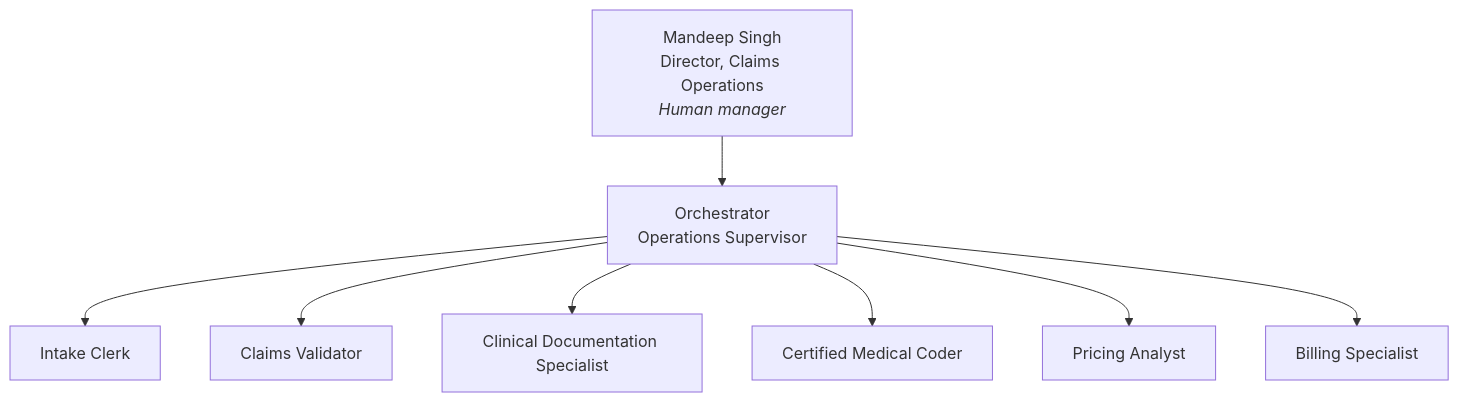
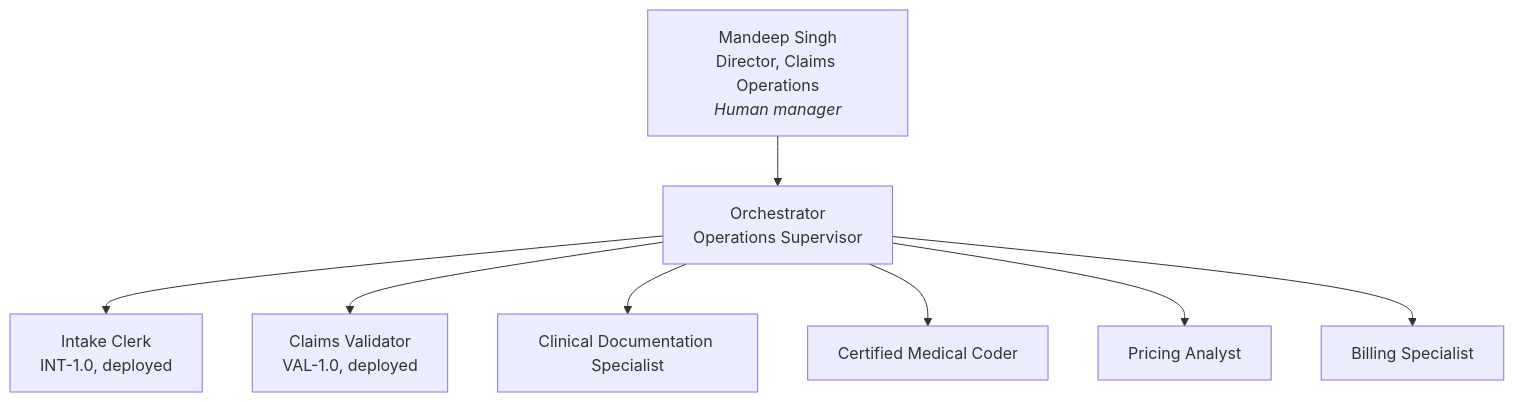
Before and after one commit to DLTKMandeep/agent-managed-claims-platform: the diagram in README.md, drawn with Mermaid. The commit also changed other lines of this file and 13 other files, not shown here.

Commit message:
Bolt 2: agent framework, team roster, Intake Clerk and Claims Validator with tests

````diff
--- a/README.md
+++ b/README.md
@@ -11,18 +11,18 @@
 ```mermaid
 flowchart TD
     M["Mandeep Singh<br/>Director, Claims Operations<br/><i>Human manager</i>"]
     O["Orchestrator<br/>Operations Supervisor"]
-    A1["Intake Clerk"]
-    A2["Claims Validator"]
+    A1["Intake Clerk<br/>INT-1.0, deployed"]
+    A2["Claims Validator<br/>VAL-1.0, deployed"]
     A3["Clinical Documentation Specialist"]
     A4["Certified Medical Coder"]
     A5["Pricing Analyst"]
     A6["Billing Specialist"]
     M --> O
     O --> A1
     O --> A2
     O --> A3
     O --> A4
     O --> A5
     O --> A6
 ```
````
